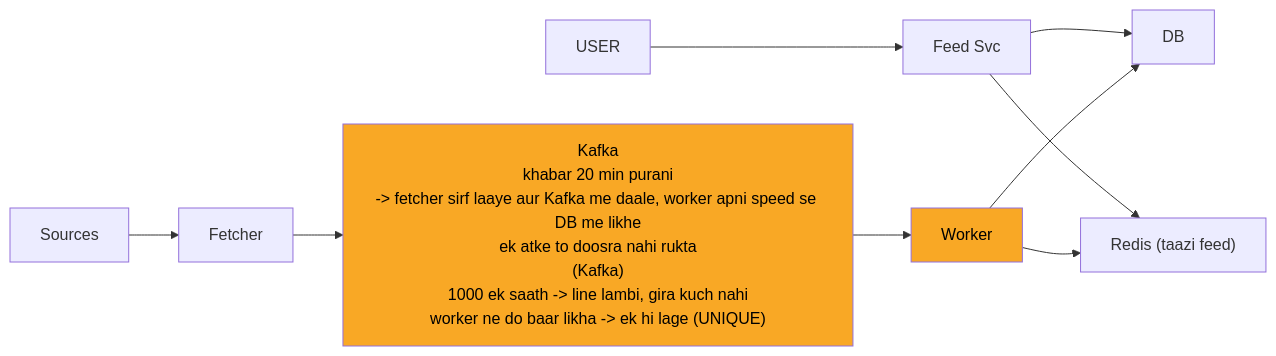
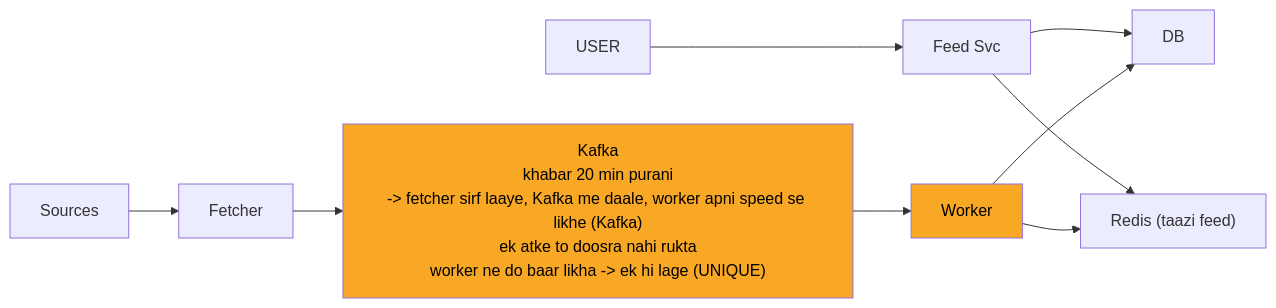
One commit to ArpanMaheshwari144/Prep changed the diagram in 04_HLD/SYSTEM_DESIGNS/08_news_aggregator/img/c2.mmd. Above: the diagram before and after it, drawn with Mermaid. The commit also changed 39 other files, not shown here.

```diff
--- a/04_HLD/SYSTEM_DESIGNS/08_news_aggregator/img/c2.mmd
+++ b/04_HLD/SYSTEM_DESIGNS/08_news_aggregator/img/c2.mmd
@@ -1,20 +1,20 @@
 %%{init: {"flowchart": {"wrappingWidth": 450}}}%%
 flowchart LR
     n_USER["USER"]
     n_Feed_Svc["Feed Svc"]
     n_Redis["Redis (taazi feed)"]
     n_DB["DB"]
     n_Worker["Worker"]
-    n_Kafka["Kafka<br/>khabar 20 min purani<br/>-> fetcher sirf laaye aur Kafka me daale, worker apni speed se DB me likhe<br/>ek atke to doosra nahi rukta<br/>(Kafka)<br/>1000 ek saath -> line lambi, gira kuch nahi<br/>worker ne do baar likha -> ek hi lage (UNIQUE)"]
+    n_Kafka["Kafka<br/>khabar 20 min purani<br/>-> fetcher sirf laaye, Kafka me daale, worker apni speed se likhe (Kafka)<br/>ek atke to doosra nahi rukta<br/>worker ne do baar likha -> ek hi lage (UNIQUE)"]
     n_Fetcher["Fetcher"]
     n_Sources["Sources"]
     n_USER --> n_Feed_Svc
     n_Feed_Svc --> n_Redis
     n_Feed_Svc --> n_DB
     n_Worker --> n_DB
     n_Worker --> n_Redis
     n_Kafka --> n_Worker
     n_Fetcher --> n_Kafka
     n_Sources --> n_Fetcher
     style n_Kafka fill:#f9a825,color:#000
     style n_Worker fill:#f9a825,color:#000
```
